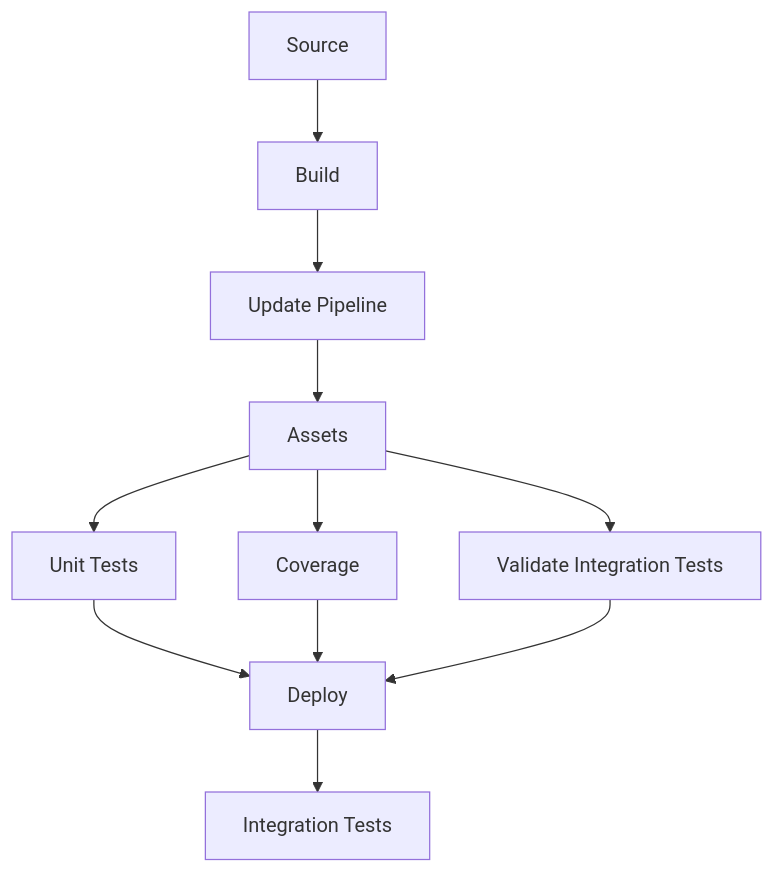
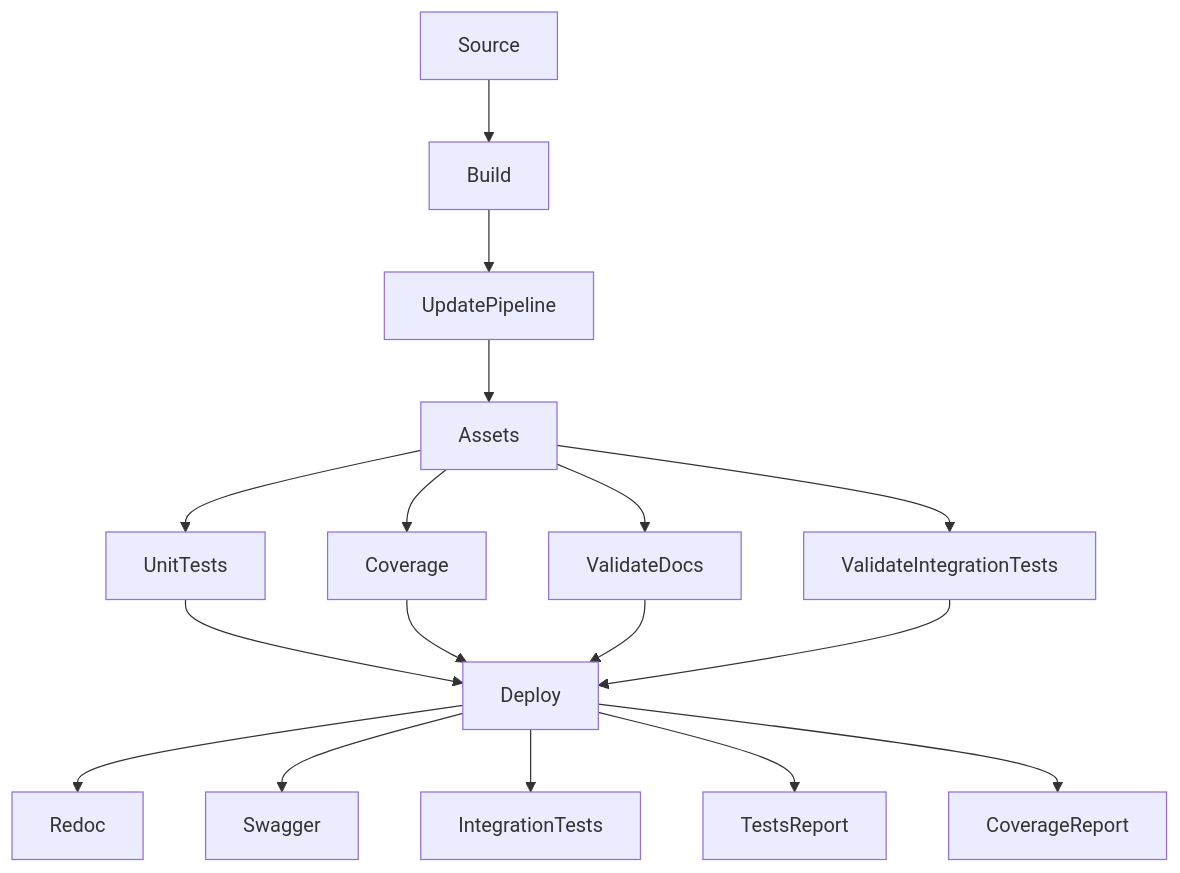
The third of 5 diagrams in docs/home/multi-stage-environments.md (GuiPimenta-Dev/lambda-forge-docs), drawn with Mermaid before and after one commit. The commit also changed other lines of this file and 66 other files, not shown here.

````diff
--- a/docs/home/multi-stage-environments.md
+++ b/docs/home/multi-stage-environments.md
@@ -212,13 +247,19 @@
 ```mermaid
 graph TD;
     Source --> Build;
-    Build --> UpdatePipeline[Update Pipeline]
+    Build --> UpdatePipeline
     UpdatePipeline --> Assets
-    Assets --> UnitTests[Unit Tests]
+    Assets --> UnitTests
     Assets --> Coverage
-    Assets --> ValidateIntegrationTests[Validate Integration Tests]
+    Assets --> ValidateDocs
+    Assets --> ValidateIntegrationTests
     UnitTests --> Deploy
     Coverage --> Deploy
+    ValidateDocs --> Deploy
     ValidateIntegrationTests --> Deploy
-    Deploy --> IntegrationTests[Integration Tests]
+    Deploy --> Redoc
+    Deploy --> Swagger
+    Deploy --> IntegrationTests
+    Deploy --> TestsReport
+    Deploy --> CoverageReport
 ```
````
